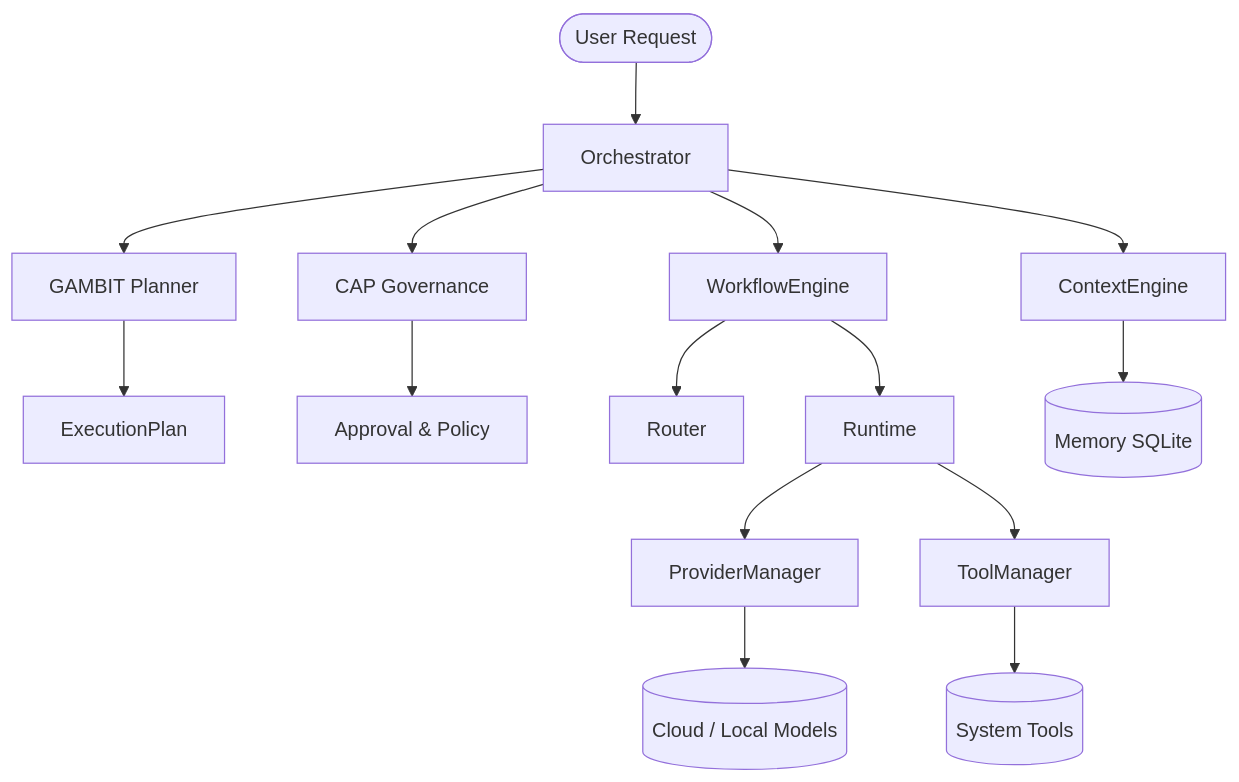
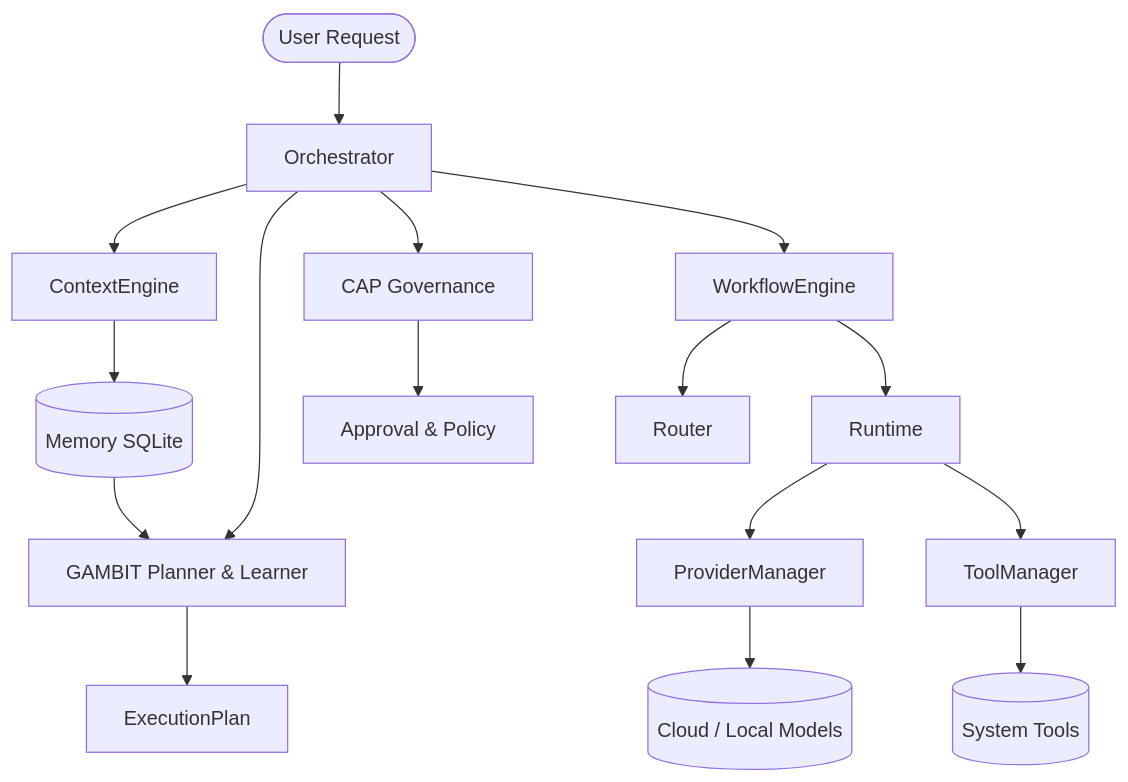
Before and after one commit to HARI9037/Samaktha: the diagram in README.md, drawn with Mermaid. The commit also changed other lines of this file and 20 other files, not shown here.

````diff
--- a/README.md
+++ b/README.md
@@ -31,22 +32,23 @@
 ```mermaid
 graph TD
     User([User Request]) --> Orchestrator
     Orchestrator --> ContextEngine
-    Orchestrator --> GAMBIT[GAMBIT Planner]
+    Orchestrator --> GAMBIT[GAMBIT Planner & Learner]
     Orchestrator --> CAP[CAP Governance]
     Orchestrator --> WorkflowEngine
     
     GAMBIT --> ExecutionPlan
     CAP --> Approval[Approval & Policy]
     
     WorkflowEngine --> Router
     WorkflowEngine --> Runtime
     
     Runtime --> ProviderManager
     Runtime --> ToolManager
     
     ProviderManager --> Providers[(Cloud / Local Models)]
     ToolManager --> Tools[(System Tools)]
     
     ContextEngine --> MemoryManager[(Memory SQLite)]
+    MemoryManager --> GAMBIT
 ```
````
